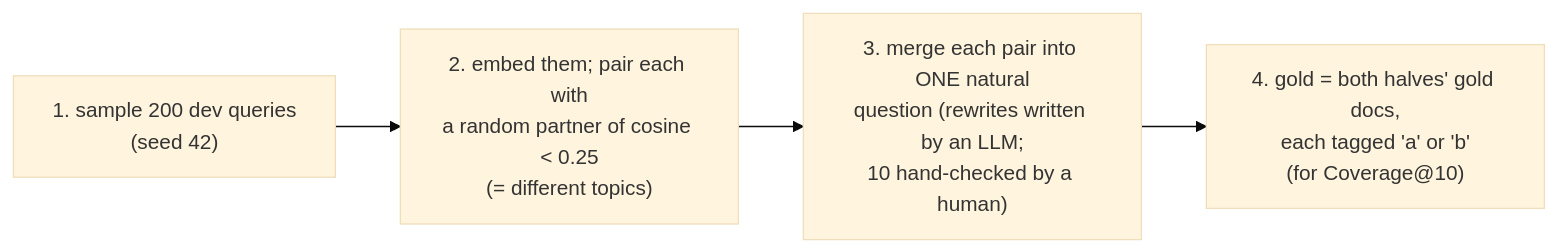
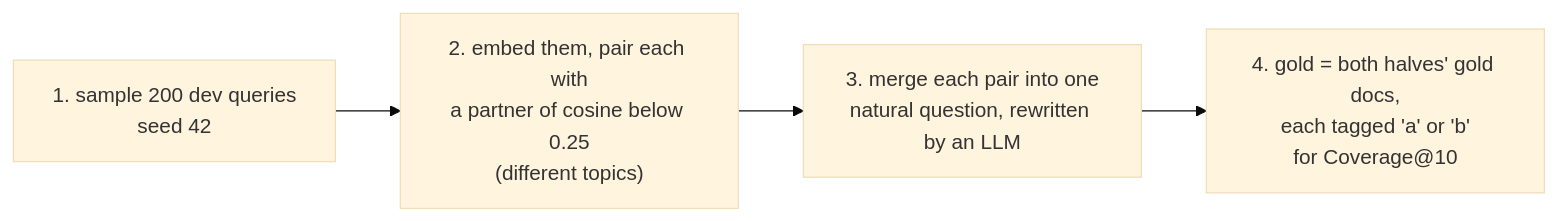
One commit to node31/fiqa-agentic-retrieval changed the third of 5 diagrams in docs/from_zero/08_part_c_agents.md. Above: the diagram before and after it, drawn with Mermaid (base theme). The commit also changed other lines of this file and 9 other files, not shown here.

````diff
--- a/docs/from_zero/08_part_c_agents.md
+++ b/docs/from_zero/08_part_c_agents.md
@@ -108,6 +73,6 @@
 ```mermaid
 flowchart LR
-    A["1. sample 200 dev queries<br/>(seed 42)"] --> B["2. embed them; pair each with<br/>a random partner of cosine < 0.25<br/>(= different topics)"]
-    B --> C["3. merge each pair into ONE natural<br/>question (rewrites written by an LLM;<br/>10 hand-checked by a human)"]
-    C --> D["4. gold = both halves' gold docs,<br/>each tagged 'a' or 'b'<br/>(for Coverage@10)"]
+    A["1. sample 200 dev queries<br/>seed 42"] --> B["2. embed them, pair each with<br/>a partner of cosine below 0.25<br/>(different topics)"]
+    B --> C["3. merge each pair into one<br/>natural question, rewritten by an LLM"]
+    C --> D["4. gold = both halves' gold docs,<br/>each tagged 'a' or 'b'<br/>for Coverage@10"]
 ```
````
